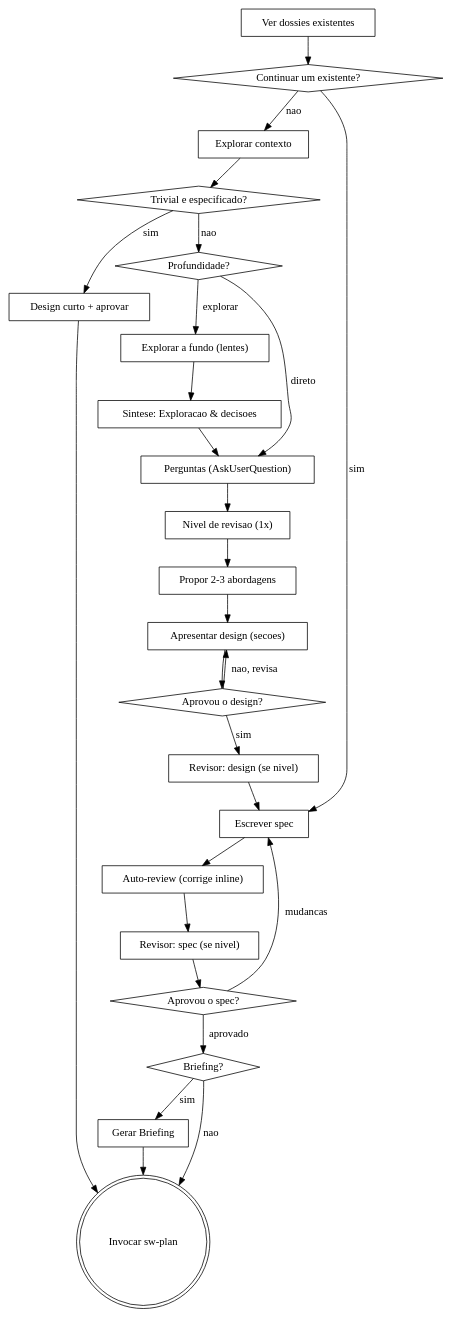
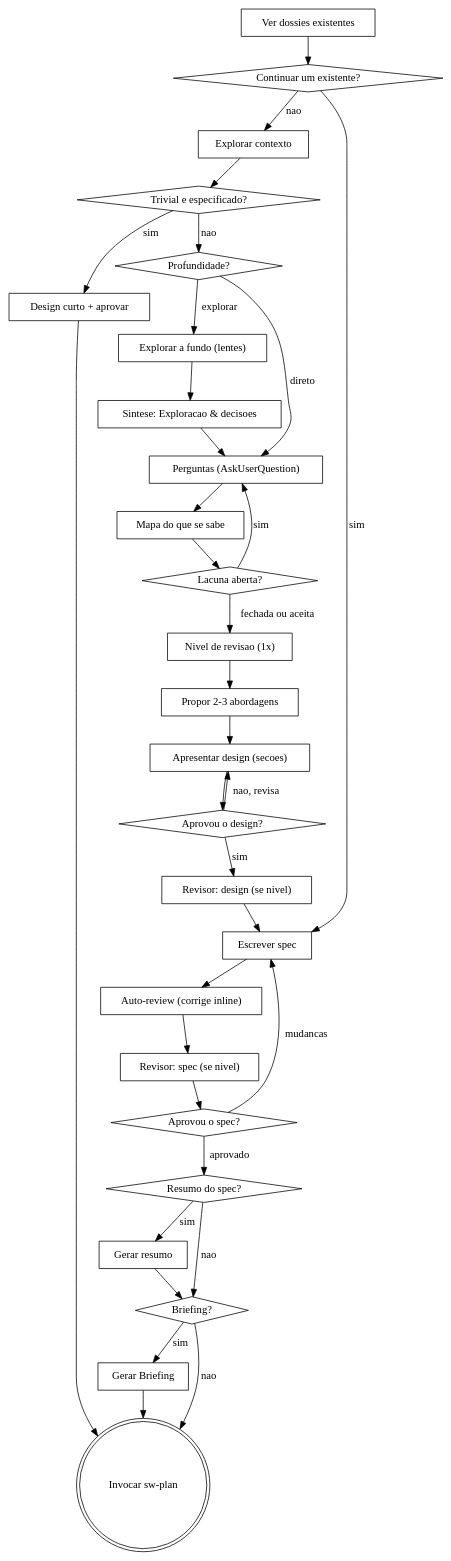
One commit to systemweb-dev/ai-marketplace changed the diagram in plugins/sw-brainstorming/skills/sw-brainstorming/SKILL.md. Above: the diagram before and after it, drawn with Graphviz. The commit also changed other lines of this file and 8 other files, not shown here.

````diff
--- a/plugins/sw-brainstorming/skills/sw-brainstorming/SKILL.md
+++ b/plugins/sw-brainstorming/skills/sw-brainstorming/SKILL.md
@@ -91,52 +98,62 @@
 ```dot
 digraph brainstorming {
     "Ver dossies existentes" [shape=box];
     "Explorar contexto" [shape=box];
     "Continuar um existente?" [shape=diamond];
     "Trivial e especificado?" [shape=diamond];
     "Design curto + aprovar" [shape=box];
     "Profundidade?" [shape=diamond];
     "Explorar a fundo (lentes)" [shape=box];
     "Sintese: Exploracao & decisoes" [shape=box];
     "Perguntas (AskUserQuestion)" [shape=box];
+    "Mapa do que se sabe" [shape=box];
+    "Lacuna aberta?" [shape=diamond];
     "Nivel de revisao (1x)" [shape=box];
     "Revisor: design (se nivel)" [shape=box];
     "Revisor: spec (se nivel)" [shape=box];
     "Propor 2-3 abordagens" [shape=box];
     "Apresentar design (secoes)" [shape=box];
     "Aprovou o design?" [shape=diamond];
     "Escrever spec" [shape=box];
     "Auto-review (corrige inline)" [shape=box];
     "Aprovou o spec?" [shape=diamond];
+    "Resumo do spec?" [shape=diamond];
+    "Gerar resumo" [shape=box];
     "Briefing?" [shape=diamond];
     "Gerar Briefing" [shape=box];
     "Invocar sw-plan" [shape=doublecircle];
 
     "Ver dossies existentes" -> "Continuar um existente?";
     "Continuar um existente?" -> "Escrever spec" [label="sim"];
     "Continuar um existente?" -> "Explorar contexto" [label="nao"];
     "Explorar contexto" -> "Trivial e especificado?";
     "Trivial e especificado?" -> "Design curto + aprovar" [label="sim"];
     "Trivial e especificado?" -> "Profundidade?" [label="nao"];
     "Design curto + aprovar" -> "Invocar sw-plan";
     "Profundidade?" -> "Perguntas (AskUserQuestion)" [label="direto"];
     "Profundidade?" -> "Explorar a fundo (lentes)" [label="explorar"];
     "Explorar a fundo (lentes)" -> "Sintese: Exploracao & decisoes";
     "Sintese: Exploracao & decisoes" -> "Perguntas (AskUserQuestion)";
-    "Perguntas (AskUserQuestion)" -> "Nivel de revisao (1x)";
+    "Perguntas (AskUserQuestion)" -> "Mapa do que se sabe";
+    "Mapa do que se sabe" -> "Lacuna aberta?";
+    "Lacuna aberta?" -> "Perguntas (AskUserQuestion)" [label="sim"];
+    "Lacuna aberta?" -> "Nivel de revisao (1x)" [label="fechada ou aceita"];
     "Nivel de revisao (1x)" -> "Propor 2-3 abordagens";
     "Propor 2-3 abordagens" -> "Apresentar design (secoes)";
     "Apresentar design (secoes)" -> "Aprovou o design?";
     "Aprovou o design?" -> "Apresentar design (secoes)" [label="nao, revisa"];
     "Aprovou o design?" -> "Revisor: design (se nivel)" [label="sim"];
     "Revisor: design (se nivel)" -> "Escrever spec";
     "Escrever spec" -> "Auto-review (corrige inline)";
     "Auto-review (corrige inline)" -> "Revisor: spec (se nivel)";
     "Revisor: spec (se nivel)" -> "Aprovou o spec?";
     "Aprovou o spec?" -> "Escrever spec" [label="mudancas"];
-    "Aprovou o spec?" -> "Briefing?" [label="aprovado"];
+    "Aprovou o spec?" -> "Resumo do spec?" [label="aprovado"];
+    "Resumo do spec?" -> "Gerar resumo" [label="sim"];
+    "Resumo do spec?" -> "Briefing?" [label="nao"];
+    "Gerar resumo" -> "Briefing?";
     "Briefing?" -> "Gerar Briefing" [label="sim"];
     "Briefing?" -> "Invocar sw-plan" [label="nao"];
     "Gerar Briefing" -> "Invocar sw-plan";
 }
 ```
````
